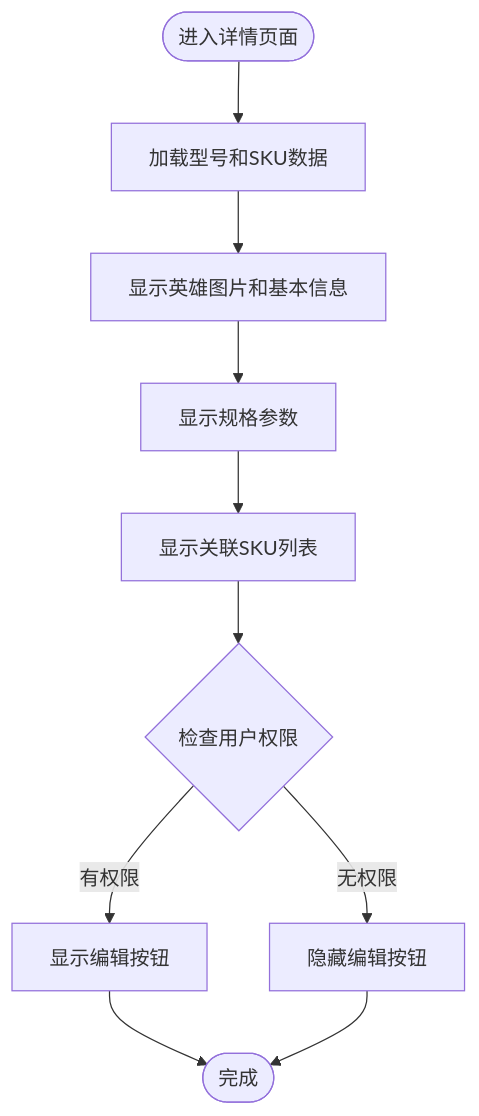
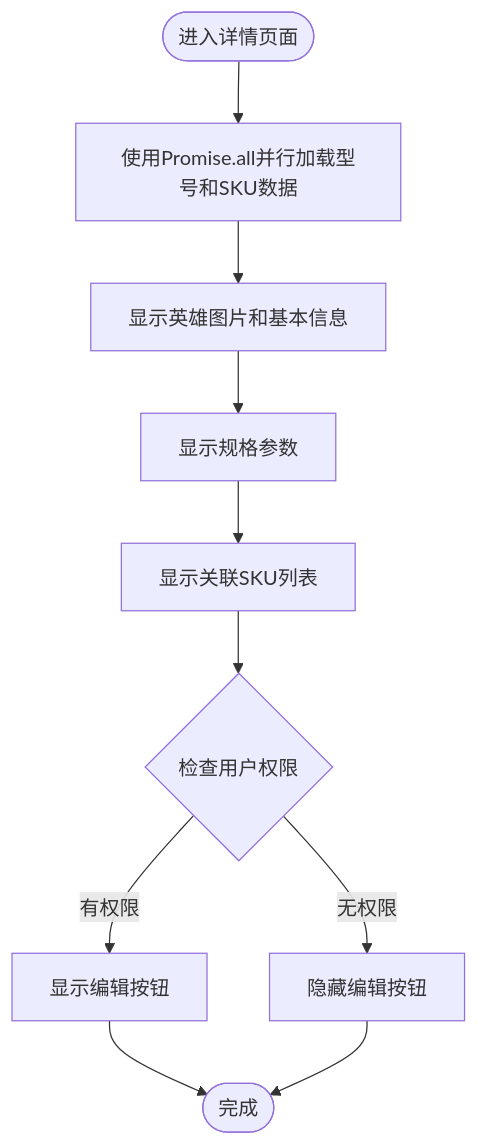
The fourth of 8 diagrams in .qoder/repowiki/zh/content/数据库设计/产品型号管理系统.md (CubeEdge/Longhorn), drawn with Mermaid before and after one commit. The commit also changed other lines of this file and 53 other files, not shown here.

````diff
--- a/.qoder/repowiki/zh/content/数据库设计/产品型号管理系统.md
+++ b/.qoder/repowiki/zh/content/数据库设计/产品型号管理系统.md
@@ -313,12 +315,12 @@
 ```mermaid
 flowchart TD
-Start([进入详情页面]) --> LoadData[加载型号和SKU数据]
+Start([进入详情页面]) --> LoadData[使用Promise.all并行加载型号和SKU数据]
 LoadData --> DisplayHero[显示英雄图片和基本信息]
 DisplayHero --> DisplaySpecs[显示规格参数]
 DisplaySpecs --> DisplaySKUs[显示关联SKU列表]
 DisplaySKUs --> CheckPermissions{检查用户权限}
 CheckPermissions --> |有权限| ShowEditBtn[显示编辑按钮]
 CheckPermissions --> |无权限| HideEditBtn[隐藏编辑按钮]
 ShowEditBtn --> End([完成])
 HideEditBtn --> End
 ```
````
